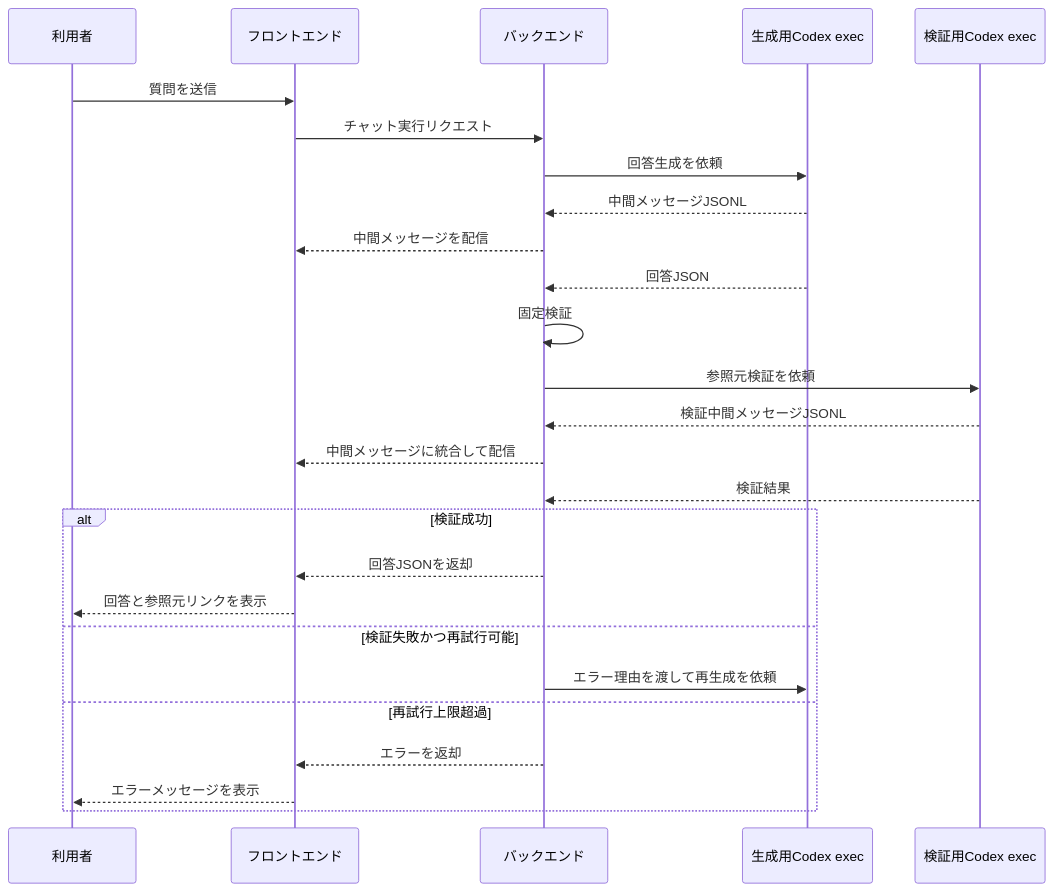
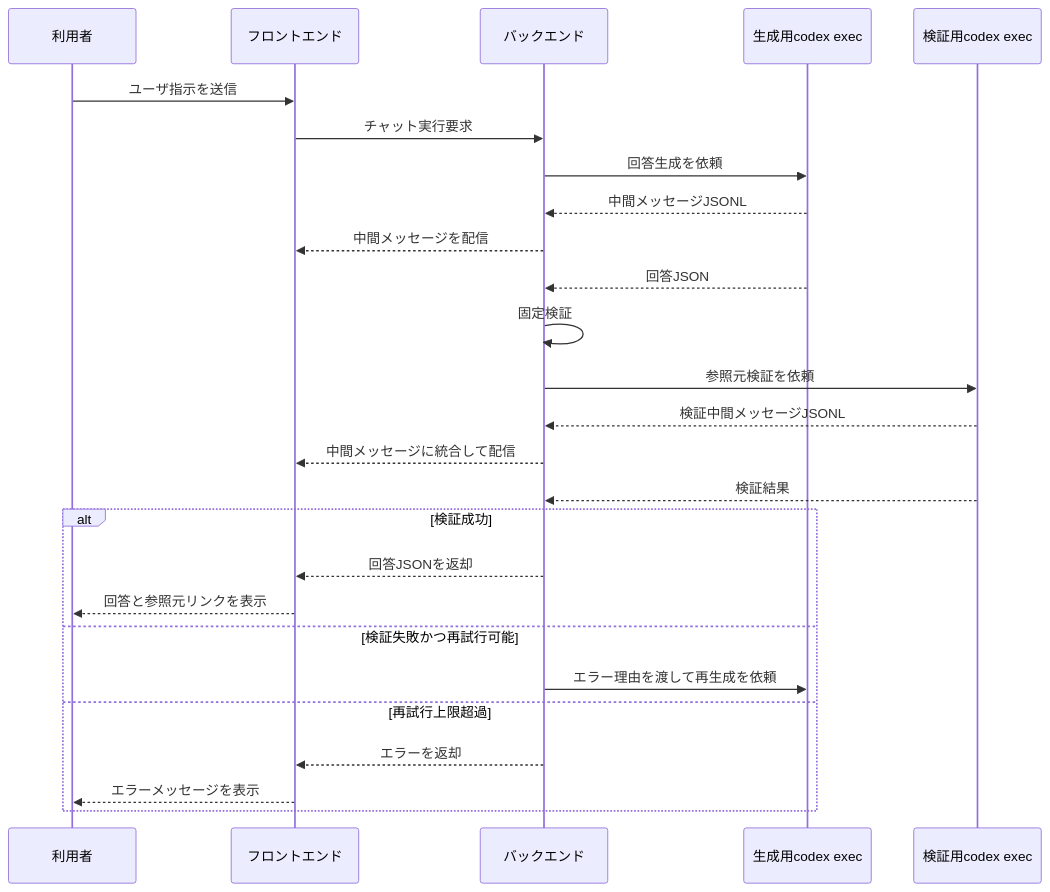
One commit to mincsys/D-Concierge changed the diagram in docs/00_設計メモ/回答検証と実行制御・エラー処理.md. Above: the diagram before and after it, drawn with Mermaid. The commit also changed other lines of this file and 34 other files, not shown here.

````diff
--- a/docs/00_設計メモ/回答検証と実行制御・エラー処理.md
+++ b/docs/00_設計メモ/回答検証と実行制御・エラー処理.md
@@ -20,29 +20,29 @@
 ```mermaid
 sequenceDiagram
   participant U as 利用者
   participant F as フロントエンド
   participant B as バックエンド
-  participant G as 生成用Codex exec
-  participant V as 検証用Codex exec
+  participant G as 生成用codex exec
+  participant V as 検証用codex exec
 
-  U->>F: 質問を送信
-  F->>B: チャット実行リクエスト
+  U->>F: ユーザ指示を送信
+  F->>B: チャット実行要求
   B->>G: 回答生成を依頼
   G-->>B: 中間メッセージJSONL
   B-->>F: 中間メッセージを配信
   G-->>B: 回答JSON
   B->>B: 固定検証
   B->>V: 参照元検証を依頼
   V-->>B: 検証中間メッセージJSONL
   B-->>F: 中間メッセージに統合して配信
   V-->>B: 検証結果
   alt 検証成功
     B-->>F: 回答JSONを返却
     F-->>U: 回答と参照元リンクを表示
   else 検証失敗かつ再試行可能
     B->>G: エラー理由を渡して再生成を依頼
   else 再試行上限超過
     B-->>F: エラーを返却
     F-->>U: エラーメッセージを表示
   end
 ```
````
